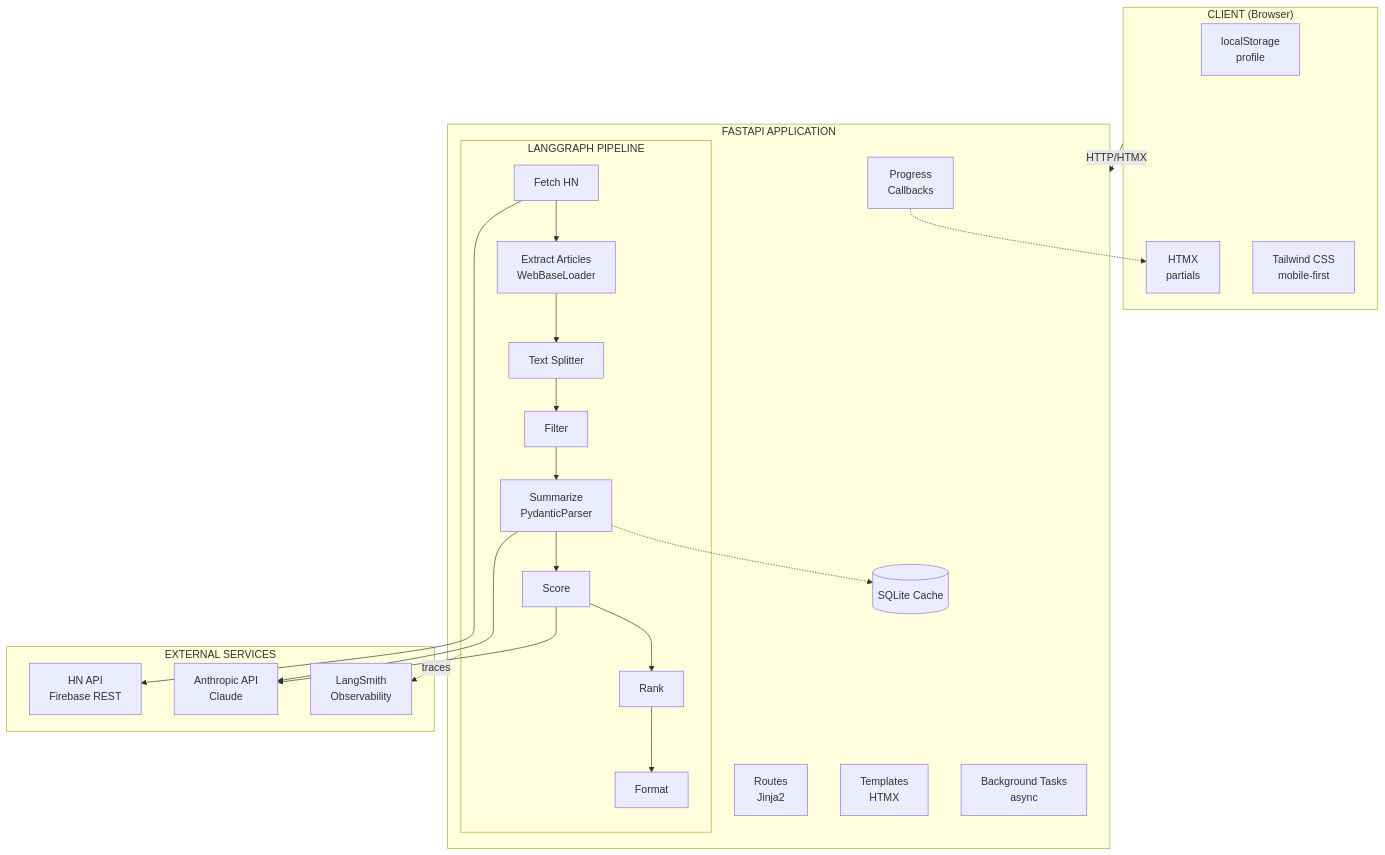
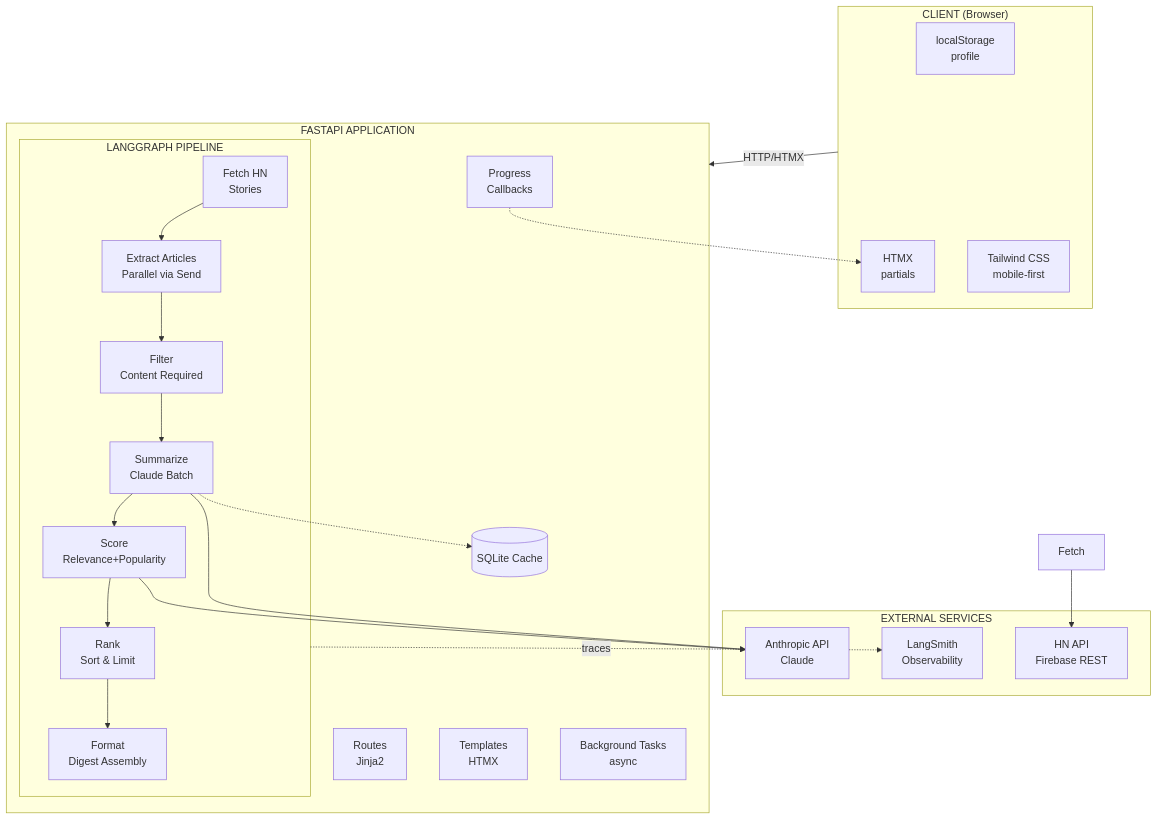
The first of 5 diagrams in docs/architecture.md (darth-dodo/hn-herald), drawn with Mermaid before and after one commit. The commit also changed other lines of this file and 1 other file, not shown here.

First line of the commit message:
docs: update README and architecture for LangGraph implementation

````diff
--- a/docs/architecture.md
+++ b/docs/architecture.md
@@ -30,40 +30,39 @@
 ```mermaid
 graph TB
     subgraph Browser["CLIENT (Browser)"]
         LocalS[localStorage<br/>profile]
         HTMX[HTMX<br/>partials]
         TW[Tailwind CSS<br/>mobile-first]
     end
 
     subgraph FastAPI["FASTAPI APPLICATION"]
         Routes[Routes<br/>Jinja2]
         Templates[Templates<br/>HTMX]
         Tasks[Background Tasks<br/>async]
         Cache[(SQLite Cache)]
 
         subgraph Pipeline["LANGGRAPH PIPELINE"]
-            Fetch[Fetch HN] --> Extract[Extract Articles<br/>WebBaseLoader]
-            Extract --> Split[Text Splitter]
-            Split --> Filter[Filter]
-            Filter --> Summarize[Summarize<br/>PydanticParser]
-            Summarize --> Score[Score]
-            Score --> Rank[Rank]
-            Rank --> Format[Format]
+            FetchHN[Fetch HN<br/>Stories] --> FetchArticle[Extract Articles<br/>Parallel via Send]
+            FetchArticle --> Filter[Filter<br/>Content Required]
+            Filter --> Summarize[Summarize<br/>Claude Batch]
+            Summarize --> Score[Score<br/>Relevance+Popularity]
+            Score --> Rank[Rank<br/>Sort & Limit]
+            Rank --> Format[Format<br/>Digest Assembly]
         end
 
         Callbacks[Progress<br/>Callbacks] -.-> HTMX
     end
 
     subgraph External["EXTERNAL SERVICES"]
         HN[HN API<br/>Firebase REST]
         Claude[Anthropic API<br/>Claude]
         LangSmith[LangSmith<br/>Observability]
     end
 
     Browser -->|HTTP/HTMX| FastAPI
     Fetch --> HN
     Summarize --> Claude
     Summarize -.-> Cache
     Score --> Claude
     Pipeline -.->|traces| LangSmith
 ```
````
